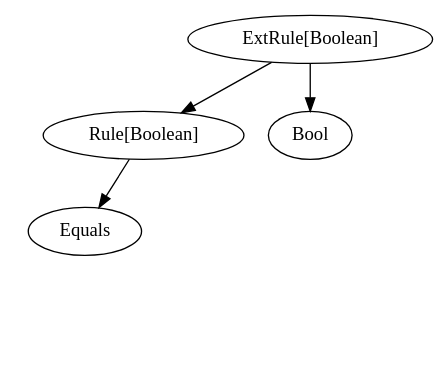
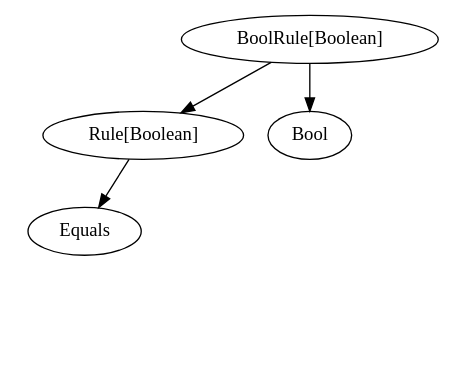
Before and after one commit to nrinaudo/dsl-tagless: the diagram in src/main/graphviz/deserialise-bug-equals.dot, drawn with Graphviz. The commit also changed 21 other files, not shown here.

Commit message:
Rename ExtRule to BoolRule

```diff
--- a/src/main/graphviz/deserialise-bug-equals.dot
+++ b/src/main/graphviz/deserialise-bug-equals.dot
@@ -1,19 +1,19 @@
 digraph {
     splines=true
 
-    ExtRuleBool[label="ExtRule[Boolean]" class="operator"]
+    BoolRuleBool[label="BoolRule[Boolean]" class="operator"]
     RuleBool[label="Rule[Boolean]" class="operator"]
     RuleInt[label="Rule[Int]" class="operator" style="invis"]
 
     And[style="invis"]
     Equals
     Bool
 
-    ExtRuleBool -> RuleBool[class="relies"]
-    ExtRuleBool -> Bool
+    BoolRuleBool -> RuleBool[class="relies"]
+    BoolRuleBool -> Bool
     Equals -> RuleInt[class="relies" style="invis"]
     RuleBool -> And[style="invis"]
     RuleBool -> Equals
     And -> RuleBool[class="relies" style="invis"]
-    And -> ExtRuleBool[class="relies" style="invis"]
+    And -> BoolRuleBool[class="relies" style="invis"]
 }
```
